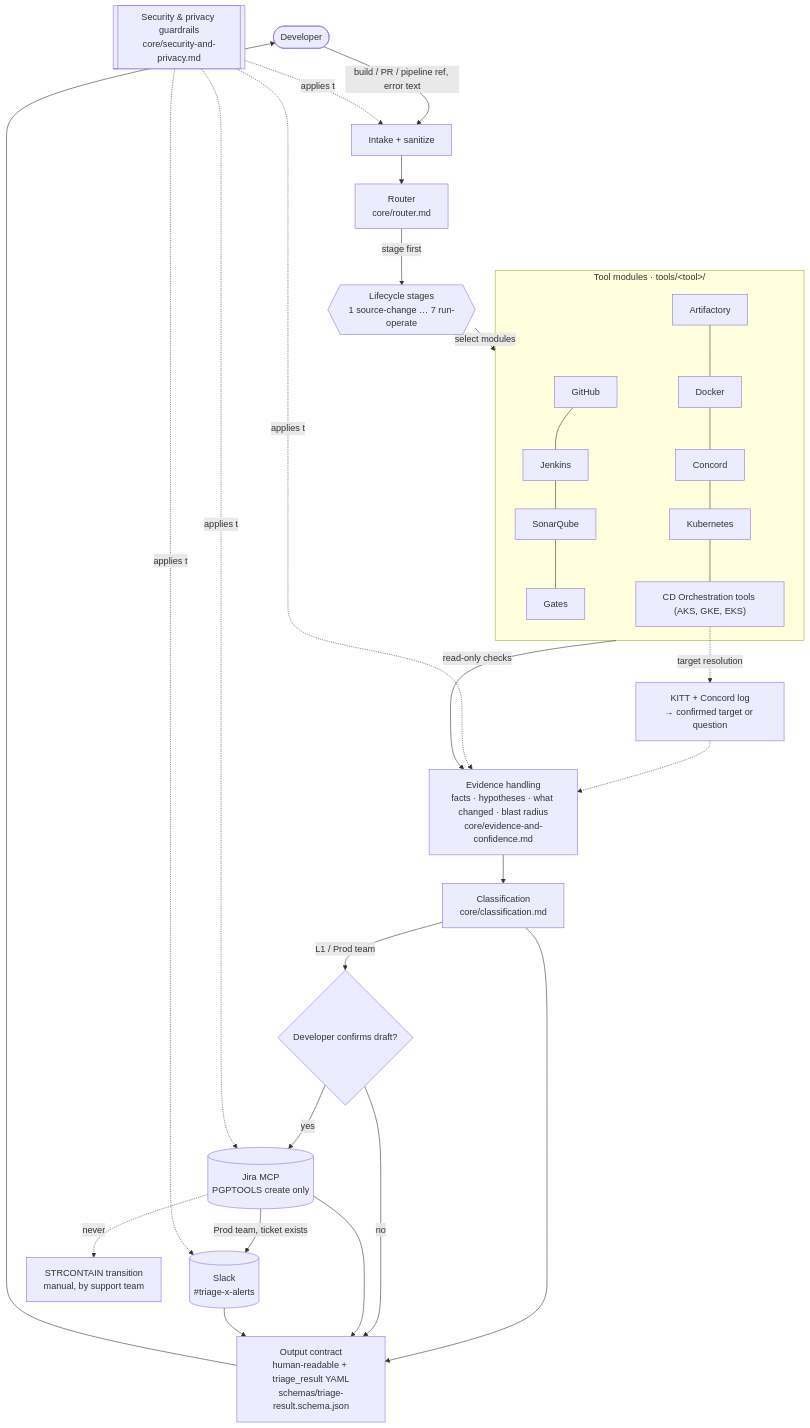
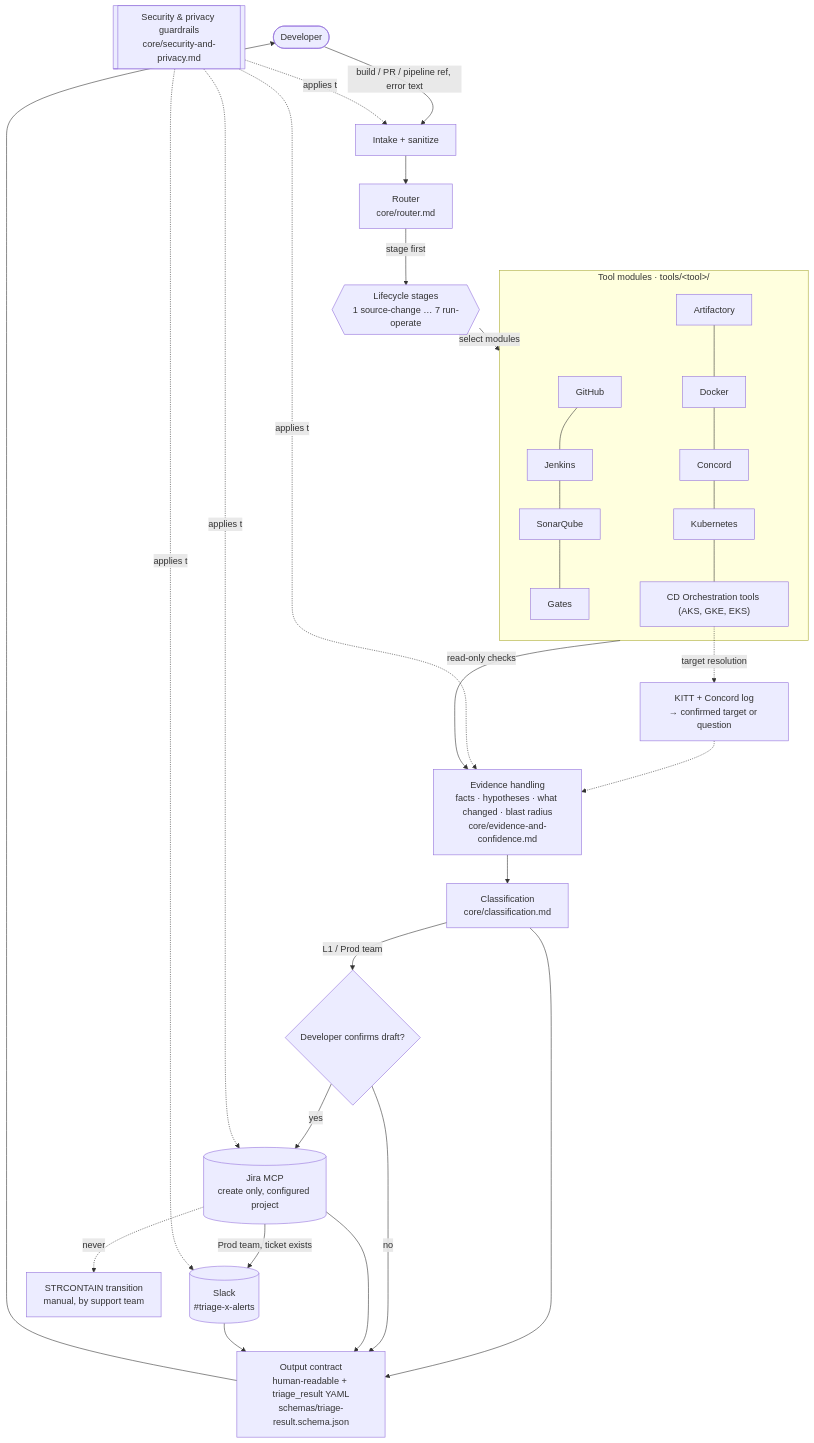
The diagram in docs/architecture.md (gunasekar89/triage-x), drawn with Mermaid before and after one commit. The commit also changed 18 other files, not shown here.

````diff
--- a/docs/architecture.md
+++ b/docs/architecture.md
@@ -5,28 +5,28 @@
 ```mermaid
 flowchart TB
   U([Developer]) -->|build / PR / pipeline ref, error text| IN[Intake + sanitize]
   IN --> R[Router<br/>core/router.md]
   R -->|stage first| ST{{Lifecycle stages<br/>1 source-change … 7 run-operate}}
   ST -->|select modules| TM
 
   subgraph TM[Tool modules · tools/&lt;tool&gt;/]
     GH[GitHub] --- JK[Jenkins] --- SQ[SonarQube] --- GT[Gates]
     AF[Artifactory] --- DK[Docker] --- CC[Concord] --- KB[Kubernetes] --- WC["CD Orchestration tools (AKS, GKE, EKS)"]
   end
 
   TM -->|read-only checks| EV[Evidence handling<br/>facts · hypotheses · what changed · blast radius<br/>core/evidence-and-confidence.md]
   WC -.target resolution.-> TR[KITT + Concord log<br/>→ confirmed target or question]
   TR -.-> EV
   EV --> CL[Classification<br/>core/classification.md]
   CL --> OC[Output contract<br/>human-readable + triage_result YAML<br/>schemas/triage-result.schema.json]
   CL -->|L1 / Prod team| CF{Developer confirms draft?}
-  CF -->|yes| JI[(Jira MCP<br/>PGPTOOLS create only)]
+  CF -->|yes| JI[(Jira MCP<br/>create only, configured project)]
   JI -->|Prod team, ticket exists| SL[(Slack<br/>#triage-x-alerts)]
   CF -->|no| OC
   JI --> OC
   SL --> OC
   OC --> U
   JI -.never.-> X[STRCONTAIN transition<br/>manual, by support team]
 
   SEC[[Security & privacy guardrails<br/>core/security-and-privacy.md]] -.applies to.-> IN & EV & JI & SL
 ```
````
